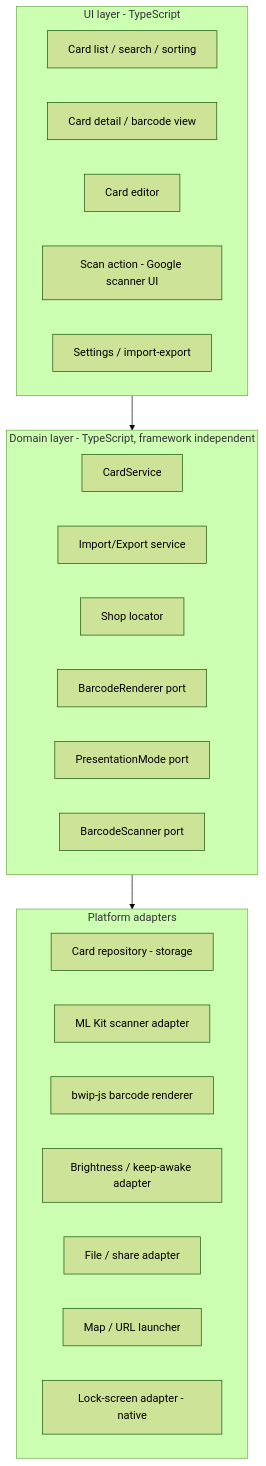
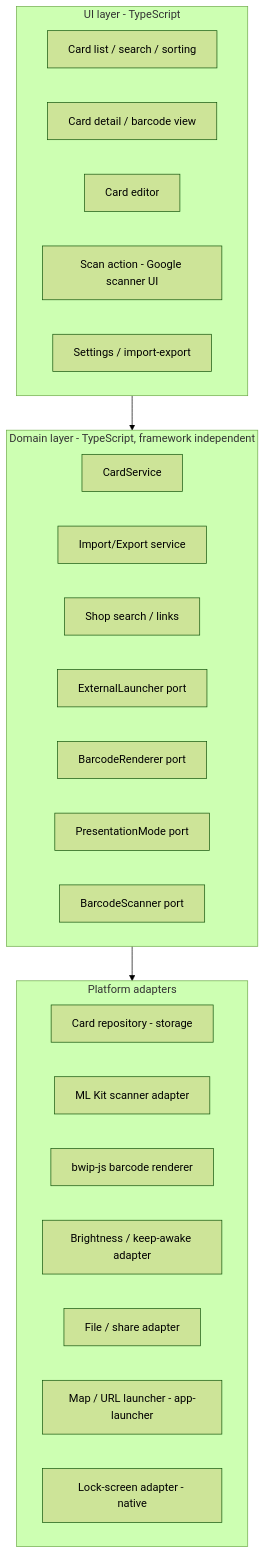
One commit to mdelta/mycards changed the second of 4 diagrams in docs/architecture/arc42.md. Above: the diagram before and after it, drawn with Mermaid (forest theme). The commit also changed other lines of this file and 26 other files, not shown here.

````diff
--- a/docs/architecture/arc42.md
+++ b/docs/architecture/arc42.md
@@ -142,28 +142,29 @@
 ```mermaid
 flowchart TB
   subgraph UI[UI layer - TypeScript]
     CardList[Card list / search / sorting]
     CardDetail[Card detail / barcode view]
     CardEdit[Card editor]
     Scan[Scan action - Google scanner UI]
     Settings[Settings / import-export]
   end
   subgraph Domain[Domain layer - TypeScript, framework independent]
     CardService
     ImportExport[Import/Export service]
-    ShopLocator[Shop locator]
+    ShopLocator[Shop search / links]
+    Launcher[ExternalLauncher port]
     BarcodeRenderer[BarcodeRenderer port]
     PresentationMode[PresentationMode port]
     Scanner[BarcodeScanner port]
   end
   subgraph Infra[Platform adapters]
     Repo[Card repository - storage]
     CameraScan[ML Kit scanner adapter]
     Bwip[bwip-js barcode renderer]
     Screen[Brightness / keep-awake adapter]
     FileAdapter[File / share adapter]
-    MapAdapter[Map / URL launcher]
+    MapAdapter[Map / URL launcher - app-launcher]
     LockScreen[Lock-screen adapter - native]
   end
   UI --> Domain --> Infra
 ```
````
